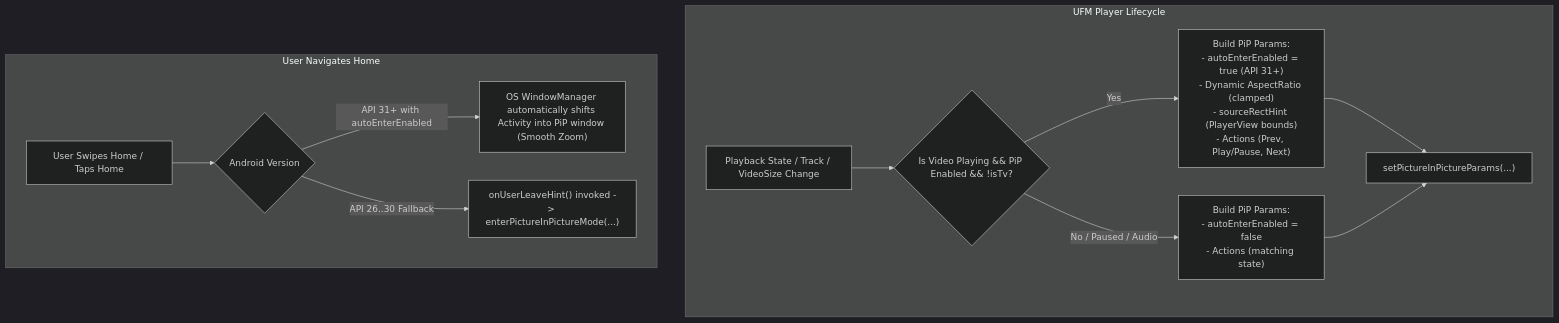
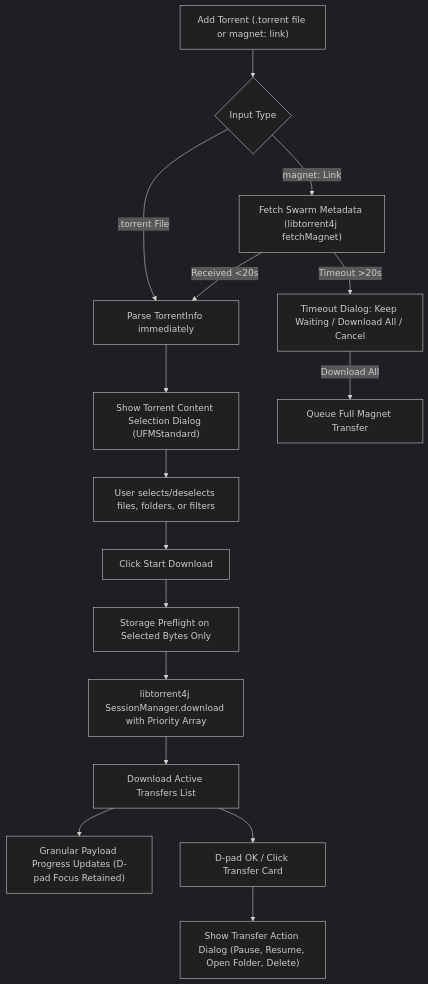
Before and after one commit to Kilowatch/ultimate-file-manager-pro: the diagram in .plans/plan.md, drawn with Mermaid (dark theme). The commit also changed other lines of this file and 44 other files, not shown here.

````diff
--- a/.plans/plan.md
+++ b/.plans/plan.md
@@ -20,16 +8,18 @@
 ```mermaid
 flowchart TD
-    subgraph PlaybackLifecycle["UFM Player Lifecycle"]
-        A["Playback State / Track / VideoSize Change"] --> B{"Is Video Playing && PiP Enabled && !isTv?"}
-        B -->|Yes| C["Build PiP Params:\n- autoEnterEnabled = true (API 31+)\n- Dynamic AspectRatio (clamped)\n- sourceRectHint (PlayerView bounds)\n- Actions (Prev, Play/Pause, Next)"]
-        B -->|No / Paused / Audio| D["Build PiP Params:\n- autoEnterEnabled = false\n- Actions (matching state)"]
-        C --> E["setPictureInPictureParams(...)"]
-        D --> E
-    end
-
-    subgraph UserNavigation["User Navigates Home"]
-        F["User Swipes Home / Taps Home"] --> G{"Android Version"}
-        G -->|API 31+ with autoEnterEnabled| H["OS WindowManager automatically shifts Activity into PiP window (Smooth Zoom)"]
-        G -->|API 26..30 Fallback| I["onUserLeaveHint() invoked -> enterPictureInPictureMode(...)"]
-    end
+    A["Add Torrent (.torrent file or magnet: link)"] --> B{"Input Type"}
+    B -->|".torrent File"| C["Parse TorrentInfo immediately"]
+    B -->|"magnet: Link"| D["Fetch Swarm Metadata (libtorrent4j fetchMagnet)"]
+    D -->|Received <20s| C
+    D -->|Timeout >20s| E["Timeout Dialog: Keep Waiting / Download All / Cancel"]
+    E -->|"Download All"| F["Queue Full Magnet Transfer"]
+    C --> G["Show Torrent Content Selection Dialog (UFMStandard)"]
+    G --> H["User selects/deselects files, folders, or filters"]
+    H --> I["Click Start Download"]
+    I --> J["Storage Preflight on Selected Bytes Only"]
+    J --> K["libtorrent4j SessionManager.download with Priority Array"]
+    K --> L["Download Active Transfers List"]
+    L --> M["Granular Payload Progress Updates (D-pad Focus Retained)"]
+    L --> N["D-pad OK / Click Transfer Card"]
+    N --> O["Show Transfer Action Dialog (Pause, Resume, Open Folder, Delete)"]
 ```
````
